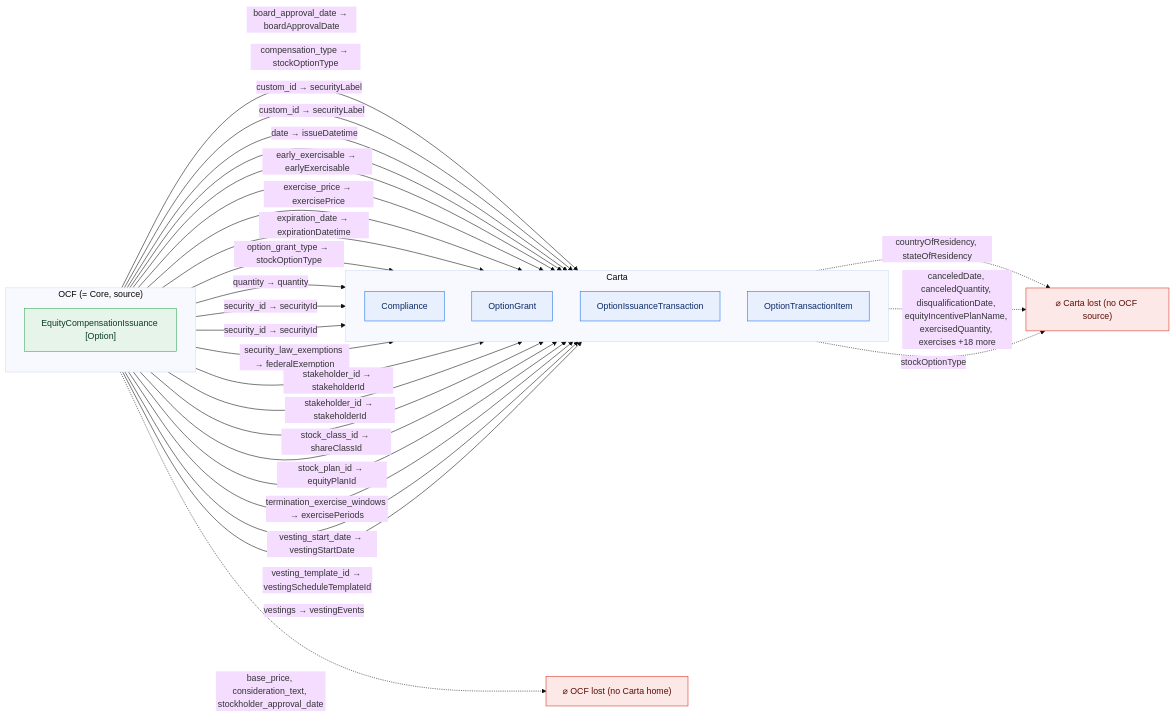
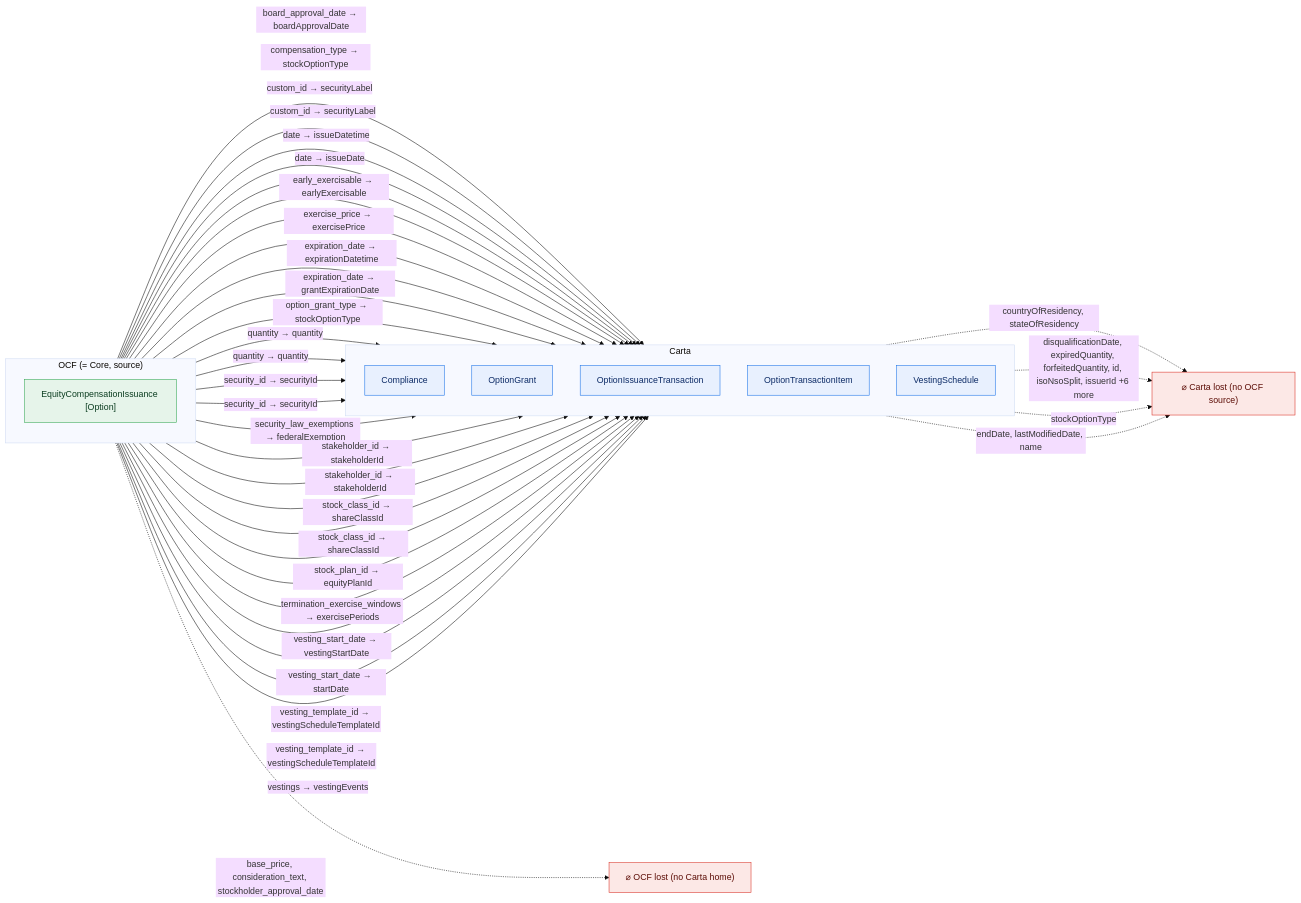
Before and after one commit to Open-Cap-Table-Coalition/OCF-Composed-Schemas: the second of 50 diagrams in docs/core-bidirectional-flow.md, drawn with Mermaid (base theme). The commit also changed other lines of this file and 33 other files, not shown here.

````diff
--- a/docs/core-bidirectional-flow.md
+++ b/docs/core-bidirectional-flow.md
@@ -157,45 +157,53 @@
 ```mermaid
 flowchart LR
   classDef adm fill:#e6f4ea,stroke:#34a853,color:#0b3d20;
   classDef notadm fill:#f1f3f4,stroke:#9aa0a6,color:#5f6368,stroke-dasharray:4 3;
   classDef carta fill:#e8f0fe,stroke:#1a73e8,color:#0d2b66;
   classDef lost fill:#fce8e6,stroke:#d93025,color:#5c0d06;
   subgraph SRC["OCF (= Core, source)"]
     direction TB
     o0["EquityCompensationIssuance [Option]"]:::adm
   end
   subgraph TGT["Carta"]
     direction TB
     t0["Compliance"]:::carta
     t1["OptionGrant"]:::carta
     t2["OptionIssuanceTransaction"]:::carta
     t3["OptionTransactionItem"]:::carta
+    t4["VestingSchedule"]:::carta
   end
   ocflost["⌀ OCF lost (no Carta home)"]:::lost
   cartalost["⌀ Carta lost (no OCF source)"]:::lost
   o0 -->|"board_approval_date → boardApprovalDate"| t1
   o0 -->|"compensation_type → stockOptionType"| t1
   o0 -->|"custom_id → securityLabel"| t3
   o0 -->|"custom_id → securityLabel"| t1
   o0 -->|"date → issueDatetime"| t2
+  o0 -->|"date → issueDate"| t1
   o0 -->|"early_exercisable → earlyExercisable"| t1
   o0 -->|"exercise_price → exercisePrice"| t2
   o0 -->|"expiration_date → expirationDatetime"| t2
+  o0 -->|"expiration_date → grantExpirationDate"| t1
   o0 -->|"option_grant_type → stockOptionType"| t1
   o0 -->|"quantity → quantity"| t2
+  o0 -->|"quantity → quantity"| t1
   o0 -->|"security_id → securityId"| t3
   o0 -->|"security_id → securityId"| t1
   o0 -->|"security_law_exemptions → federalExemption"| t0
   o0 -->|"stakeholder_id → stakeholderId"| t3
   o0 -->|"stakeholder_id → stakeholderId"| t1
   o0 -->|"stock_class_id → shareClassId"| t2
+  o0 -->|"stock_class_id → shareClassId"| t1
   o0 -->|"stock_plan_id → equityPlanId"| t2
   o0 -->|"termination_exercise_windows → exercisePeriods"| t1
   o0 -->|"vesting_start_date → vestingStartDate"| t1
+  o0 -->|"vesting_start_date → startDate"| t4
   o0 -->|"vesting_template_id → vestingScheduleTemplateId"| t2
+  o0 -->|"vesting_template_id → vestingScheduleTemplateId"| t1
   o0 -->|"vestings → vestingEvents"| t1
   o0 -.->|"base_price, consideration_text, stockholder_approval_date"| ocflost
   t0 -.->|"countryOfResidency, stateOfResidency"| cartalost
-  t1 -.->|"canceledDate, canceledQuantity, disqualificationDate, equityIncentivePlanName, exercisedQuantity, exercises +18 more"| cartalost
+  t1 -.->|"disqualificationDate, expiredQuantity, forfeitedQuantity, id, isoNsoSplit, issuerId +6 more"| cartalost
   t2 -.->|"stockOptionType"| cartalost
+  t4 -.->|"endDate, lastModifiedDate, name"| cartalost
 ```
````
